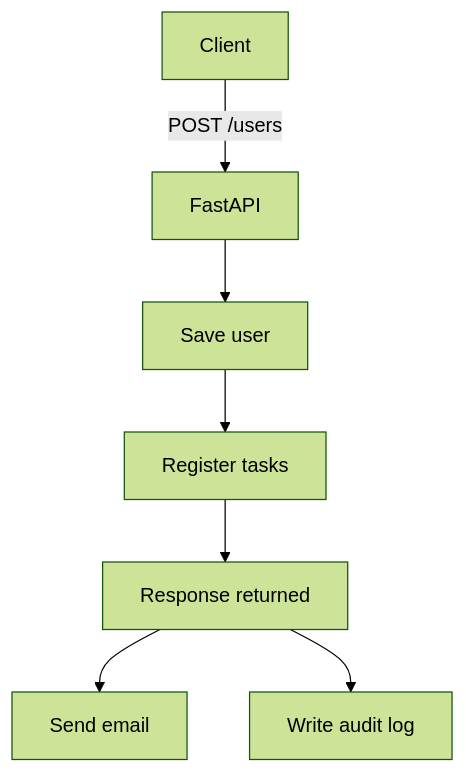
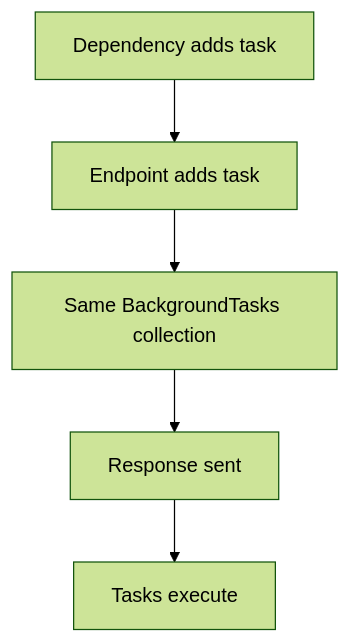
Before and after one commit to AvadhBhalodiya/Interview-Preparation: the second of 4 diagrams in src/content/fastapi/background-tasks.md, drawn with Mermaid (forest theme). The commit also changed other lines of this file and 80 other files, not shown here.

````diff
--- a/src/content/fastapi/background-tasks.md
+++ b/src/content/fastapi/background-tasks.md
@@ -81,9 +169,7 @@
 ```mermaid
 flowchart TD
-    C[Client] -->|"POST /users"| F[FastAPI]
-    F --> S[Save user]
-    S --> T[Register tasks]
-    T --> R[Response returned]
-    R --> E[Send email]
-    R --> A[Write audit log]
+    D[Dependency adds task] --> E[Endpoint adds task]
+    E --> M[Same BackgroundTasks collection]
+    M --> R[Response sent]
+    R --> T[Tasks execute]
 ```
````
